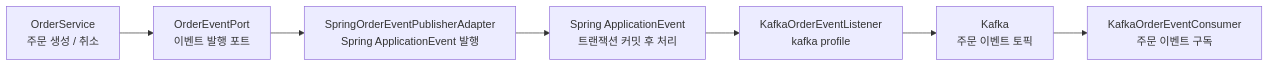
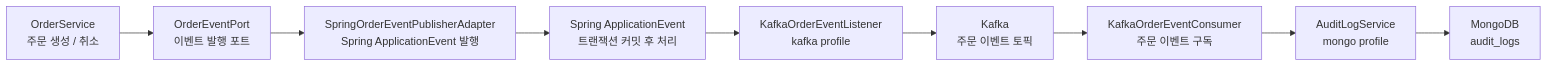
Before and after one commit to dongyongChoi/toy-commerce-platform: the third of 3 diagrams in README.md, drawn with Mermaid. The commit also changed other lines of this file and 16 other files, not shown here.

````diff
--- a/README.md
+++ b/README.md
@@ -90,9 +94,11 @@
 ```mermaid
 flowchart LR
     OrderService["OrderService<br/>주문 생성 / 취소"] --> EventPort["OrderEventPort<br/>이벤트 발행 포트"]
     EventPort --> SpringEventAdapter["SpringOrderEventPublisherAdapter<br/>Spring ApplicationEvent 발행"]
     SpringEventAdapter --> SpringEvent["Spring ApplicationEvent<br/>트랜잭션 커밋 후 처리"]
     SpringEvent --> KafkaListener["KafkaOrderEventListener<br/>kafka profile"]
     KafkaListener --> Kafka["Kafka<br/>주문 이벤트 토픽"]
     Kafka --> KafkaConsumer["KafkaOrderEventConsumer<br/>주문 이벤트 구독"]
+    KafkaConsumer --> AuditService["AuditLogService<br/>mongo profile"]
+    AuditService --> MongoDB["MongoDB<br/>audit_logs"]
 ```
````
